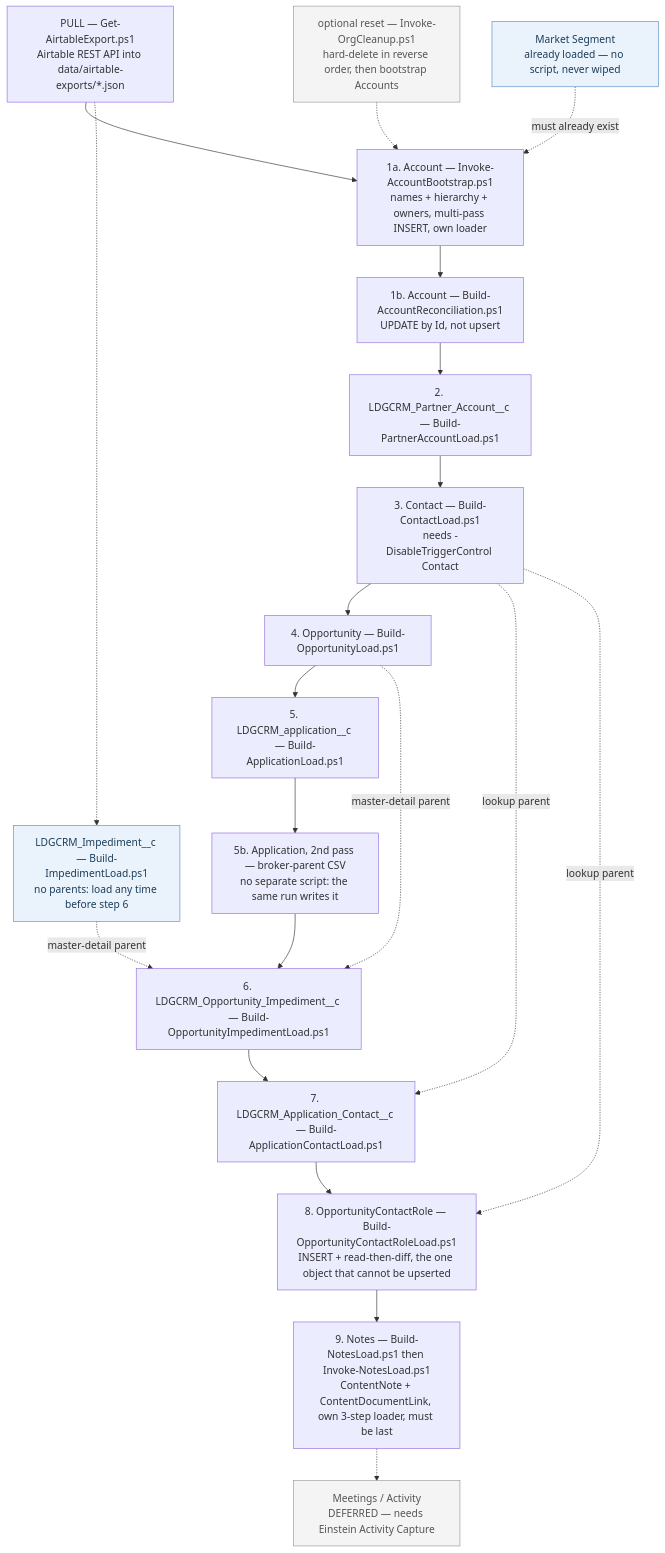
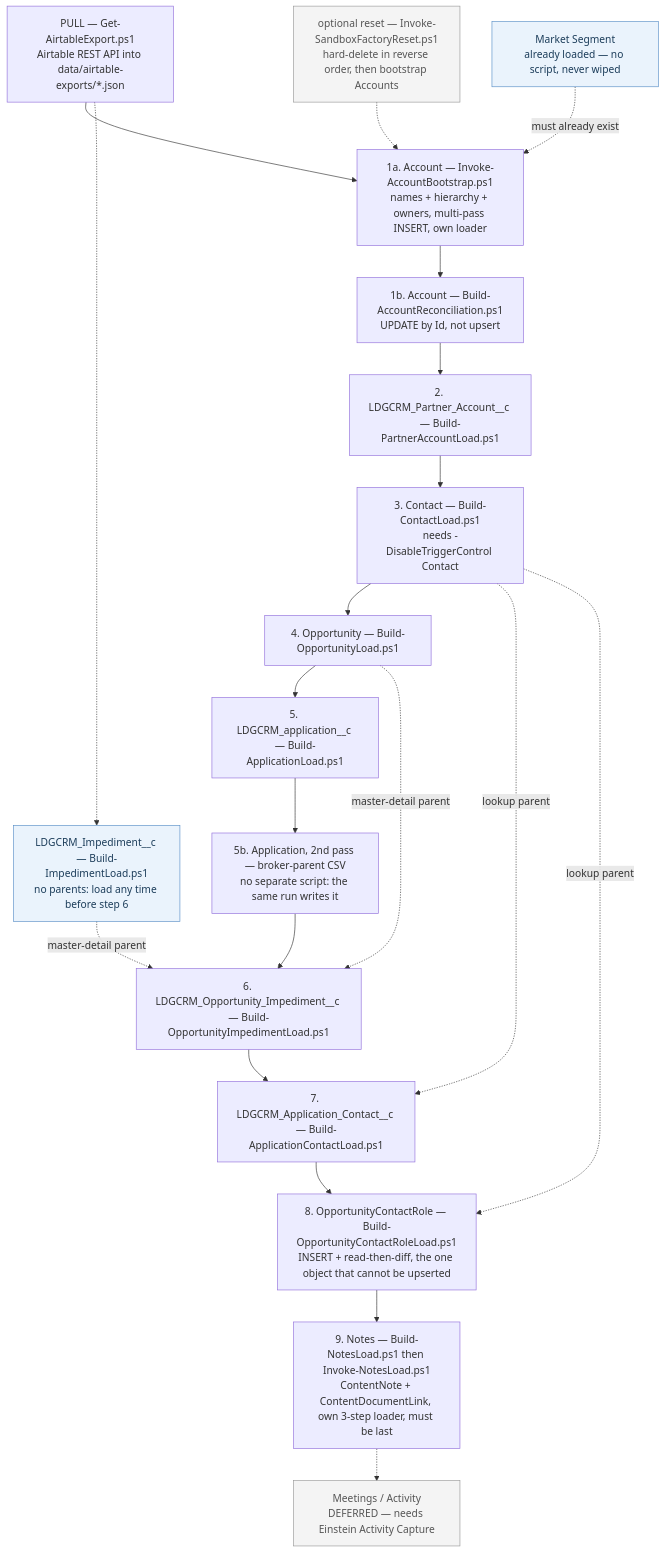
One commit to davidlarrimore/LDGCRM-Salesforce-App changed the diagram in README.md. Above: the diagram before and after it, drawn with Mermaid. The commit also changed other lines of this file and 22 other files, not shown here.

````diff
--- a/README.md
+++ b/README.md
@@ -185,37 +192,37 @@
 ```mermaid
 flowchart TD
     AIR["PULL — Get-AirtableExport.ps1<br/>Airtable REST API into data/airtable-exports/*.json"]
-    CLEAN["optional reset — Invoke-OrgCleanup.ps1<br/>hard-delete in reverse order, then bootstrap Accounts"]
+    CLEAN["optional reset — Invoke-SandboxFactoryReset.ps1<br/>hard-delete in reverse order, then bootstrap Accounts"]
 
     MS["Market Segment<br/>already loaded — no script, never wiped"]
     BOOT["1a. Account — Invoke-AccountBootstrap.ps1<br/>names + hierarchy + owners, multi-pass INSERT, own loader"]
     ACC["1b. Account — Build-AccountReconciliation.ps1<br/>UPDATE by Id, not upsert"]
     PA["2. LDGCRM_Partner_Account__c — Build-PartnerAccountLoad.ps1"]
     CON["3. Contact — Build-ContactLoad.ps1<br/>needs -DisableTriggerControl Contact"]
     OPP["4. Opportunity — Build-OpportunityLoad.ps1"]
     APP["5. LDGCRM_application__c — Build-ApplicationLoad.ps1"]
     APP2["5b. Application, 2nd pass — broker-parent CSV<br/>no separate script: the same run writes it"]
     OI["6. LDGCRM_Opportunity_Impediment__c — Build-OpportunityImpedimentLoad.ps1"]
     AC["7. LDGCRM_Application_Contact__c — Build-ApplicationContactLoad.ps1"]
     OCR["8. OpportunityContactRole — Build-OpportunityContactRoleLoad.ps1<br/>INSERT + read-then-diff, the one object that cannot be upserted"]
     NOTES["9. Notes — Build-NotesLoad.ps1 then Invoke-NotesLoad.ps1<br/>ContentNote + ContentDocumentLink, own 3-step loader, must be last"]
 
     IMP["LDGCRM_Impediment__c — Build-ImpedimentLoad.ps1<br/>no parents: load any time before step 6"]
     MEET["Meetings / Activity<br/>DEFERRED — needs Einstein Activity Capture"]
 
     AIR --> BOOT
     CLEAN -.-> BOOT
     MS -.->|must already exist| BOOT
     BOOT --> ACC --> PA --> CON --> OPP --> APP --> APP2 --> OI --> AC --> OCR --> NOTES
     NOTES -.-> MEET
     AIR -.-> IMP
     IMP -.->|master-detail parent| OI
     OPP -.->|master-detail parent| OI
     CON -.->|lookup parent| AC
     CON -.->|lookup parent| OCR
 
     classDef deferred fill:#f4f4f4,stroke:#999999,color:#555555
     classDef side fill:#eaf3fc,stroke:#5a8fc7,color:#1c3d5a
     class MEET,CLEAN deferred
     class IMP,MS side
 ```
````
